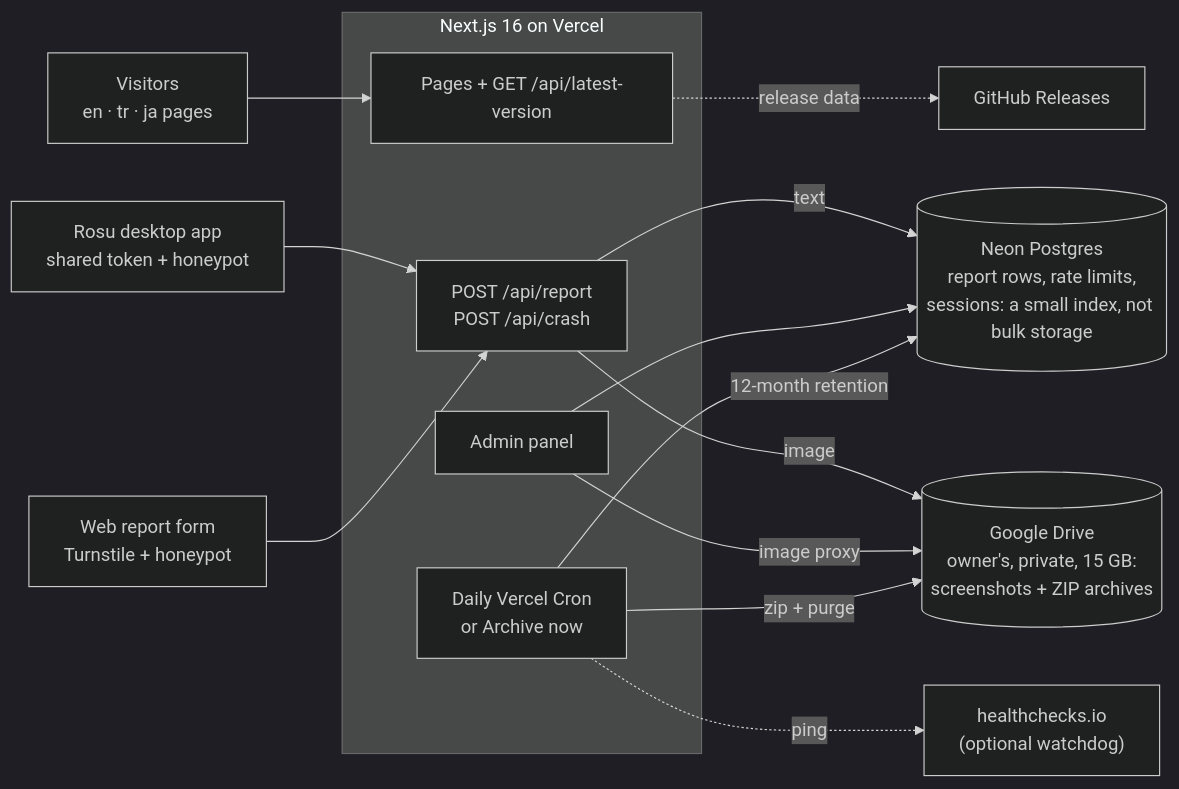
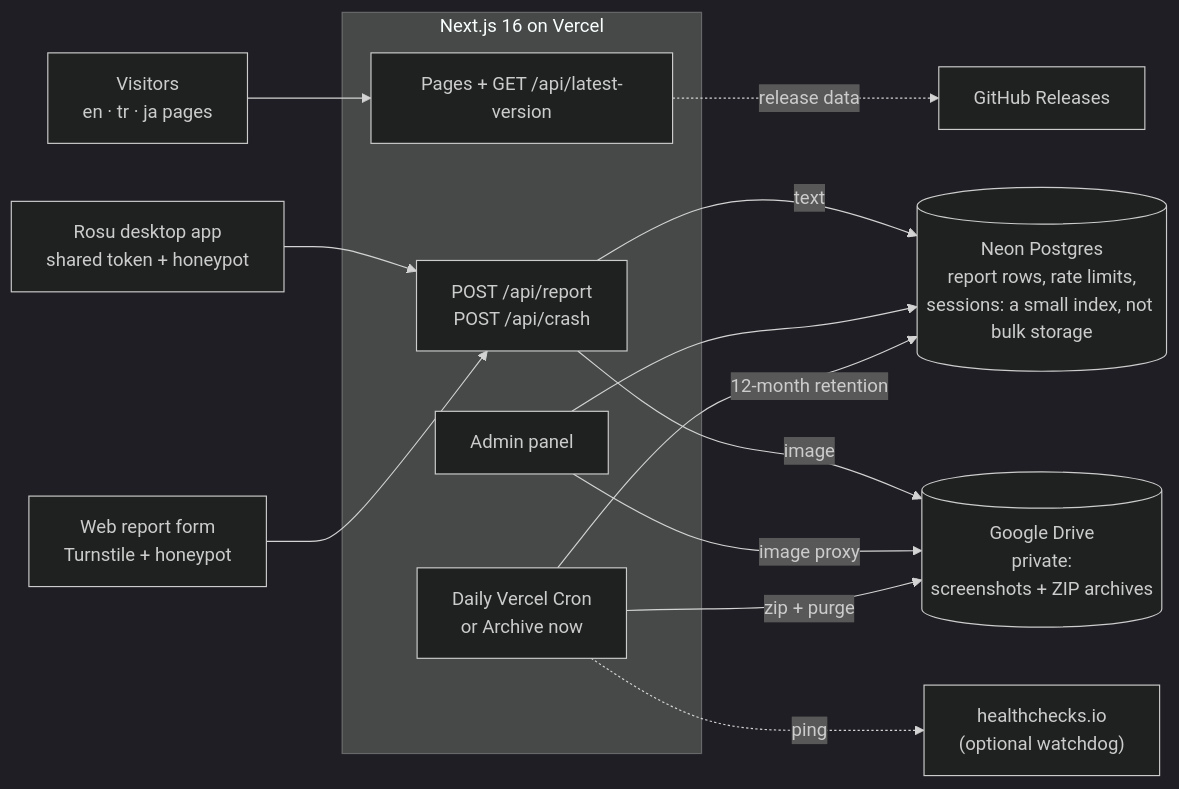
One commit to Kerevizodunu2000/rosu-web changed the diagram in README.md. Above: the diagram before and after it, drawn with Mermaid (dark theme). The commit also changed other lines of this file and 7 other files, not shown here.

````diff
--- a/README.md
+++ b/README.md
@@ -131,30 +131,30 @@
 ```mermaid
 flowchart LR
   visitor["Visitors<br/>en · tr · ja pages"]
   app["Rosu desktop app<br/>shared token + honeypot"]
   form["Web report form<br/>Turnstile + honeypot"]
 
   subgraph vercel["Next.js 16 on Vercel"]
     pages["Pages + GET /api/latest-version"]
     report["POST /api/report<br/>POST /api/crash"]
     admin["Admin panel"]
     cron["Daily Vercel Cron<br/>or Archive now"]
   end
 
   neon[("Neon Postgres<br/>report rows, rate limits,<br/>sessions: a small index, not bulk storage")]
-  drive[("Google Drive<br/>owner's, private, 15 GB:<br/>screenshots + ZIP archives")]
+  drive[("Google Drive<br/>private:<br/>screenshots + ZIP archives")]
   gh["GitHub Releases"]
   hc["healthchecks.io<br/>(optional watchdog)"]
 
   visitor --> pages
   app --> report
   form --> report
   report -- "text" --> neon
   report -- "image" --> drive
   pages -. "release data" .-> gh
   admin --> neon
   admin -- "image proxy" --> drive
   cron -- "zip + purge" --> drive
   cron -- "12-month retention" --> neon
   cron -. "ping" .-> hc
 ```
````
